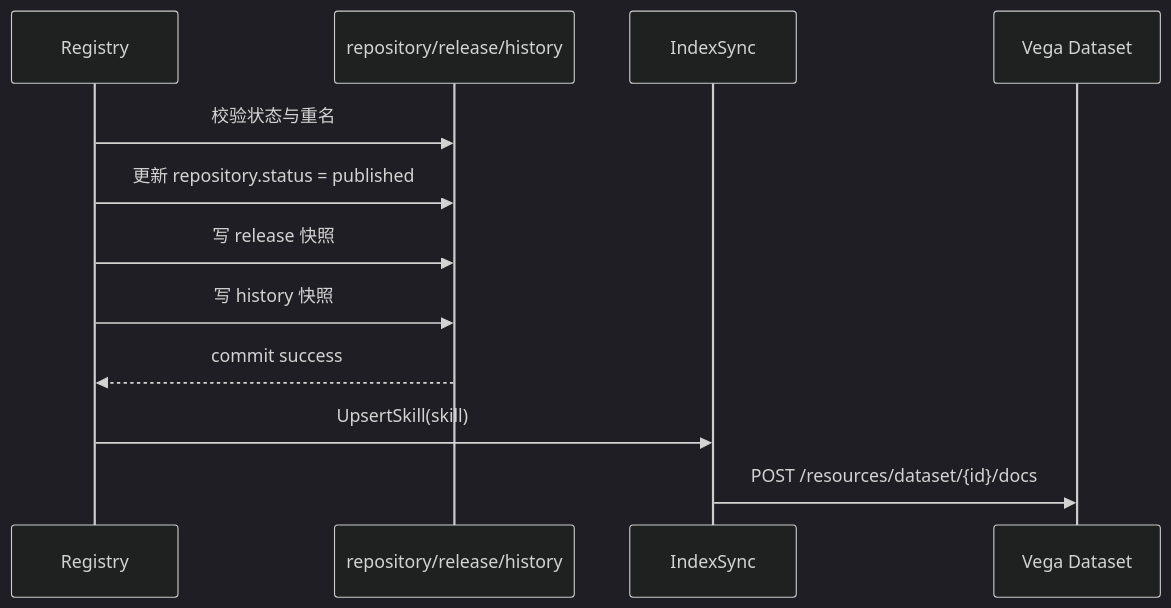
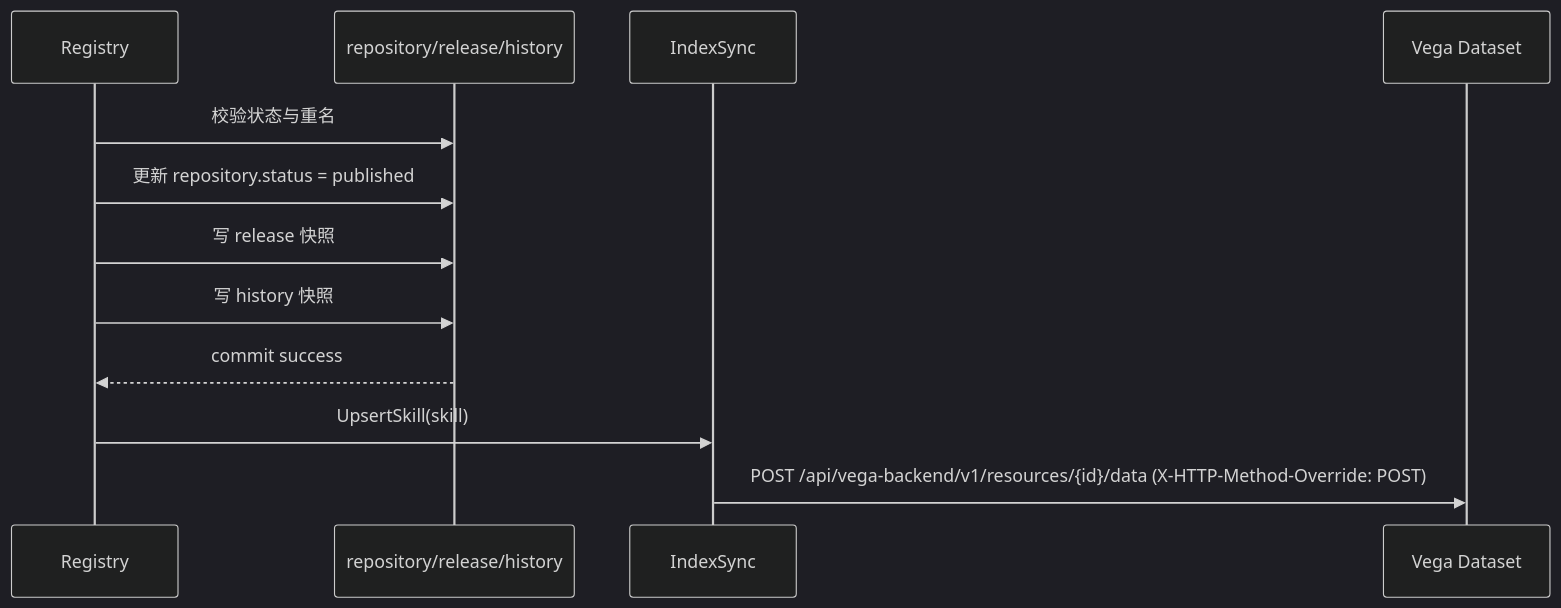
Before and after one commit to kweaver-ai/kweaver-core: the eighth of 9 diagrams in adp/execution-factory/operator-integration/docs/design/features/skill/skill_package_lifecycle_management.md, drawn with Mermaid (dark theme). The commit also changed other lines of this file and 84 other files, not shown here.

First line of the commit message:
refactor(vega-backend): dataset/schedule API 收敛 + 数据库审计字段统一 + OpenAPI 全量补齐 (#380)

````diff
--- a/adp/execution-factory/operator-integration/docs/design/features/skill/skill_package_lifecycle_management.md
+++ b/adp/execution-factory/operator-integration/docs/design/features/skill/skill_package_lifecycle_management.md
@@ -437,15 +437,15 @@
 ```mermaid
 sequenceDiagram
     participant R as Registry
     participant DB as repository/release/history
     participant S as IndexSync
     participant V as Vega Dataset
 
     R->>DB: 校验状态与重名
     R->>DB: 更新 repository.status = published
     R->>DB: 写 release 快照
     R->>DB: 写 history 快照
     DB-->>R: commit success
     R->>S: UpsertSkill(skill)
-    S->>V: POST /resources/dataset/{id}/docs
+    S->>V: POST /api/vega-backend/v1/resources/{id}/data (X-HTTP-Method-Override: POST)
 ```
````
